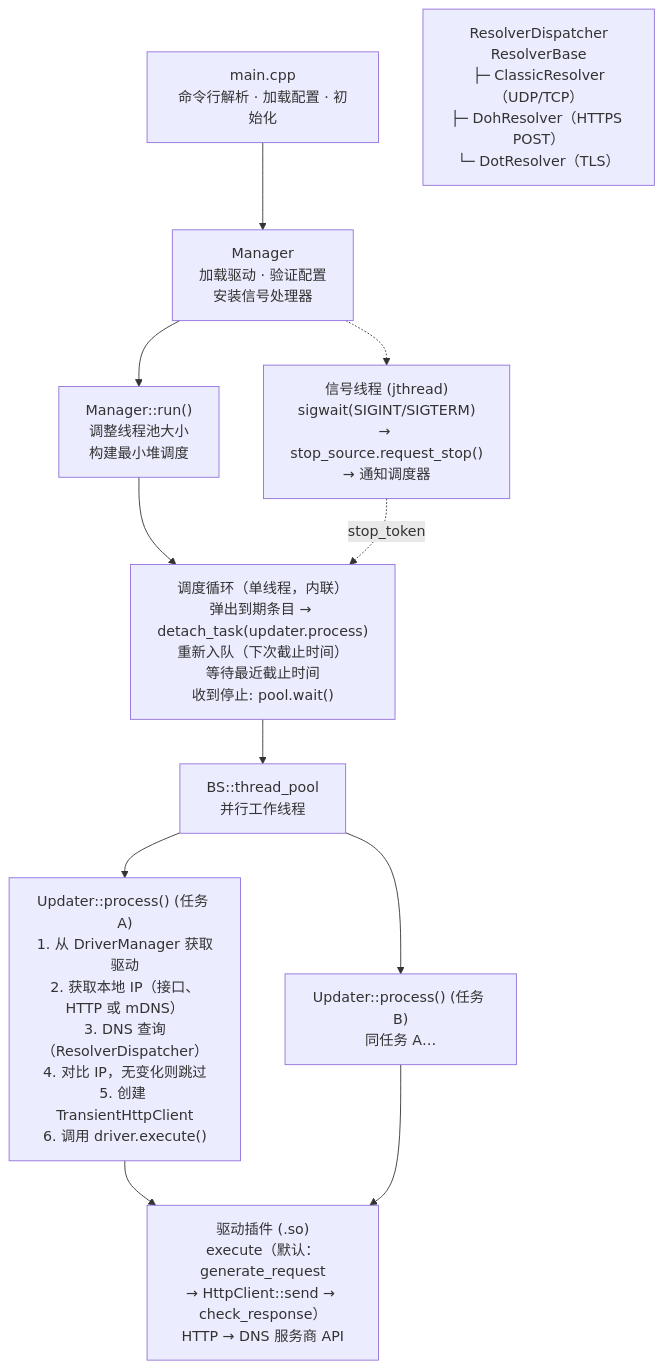
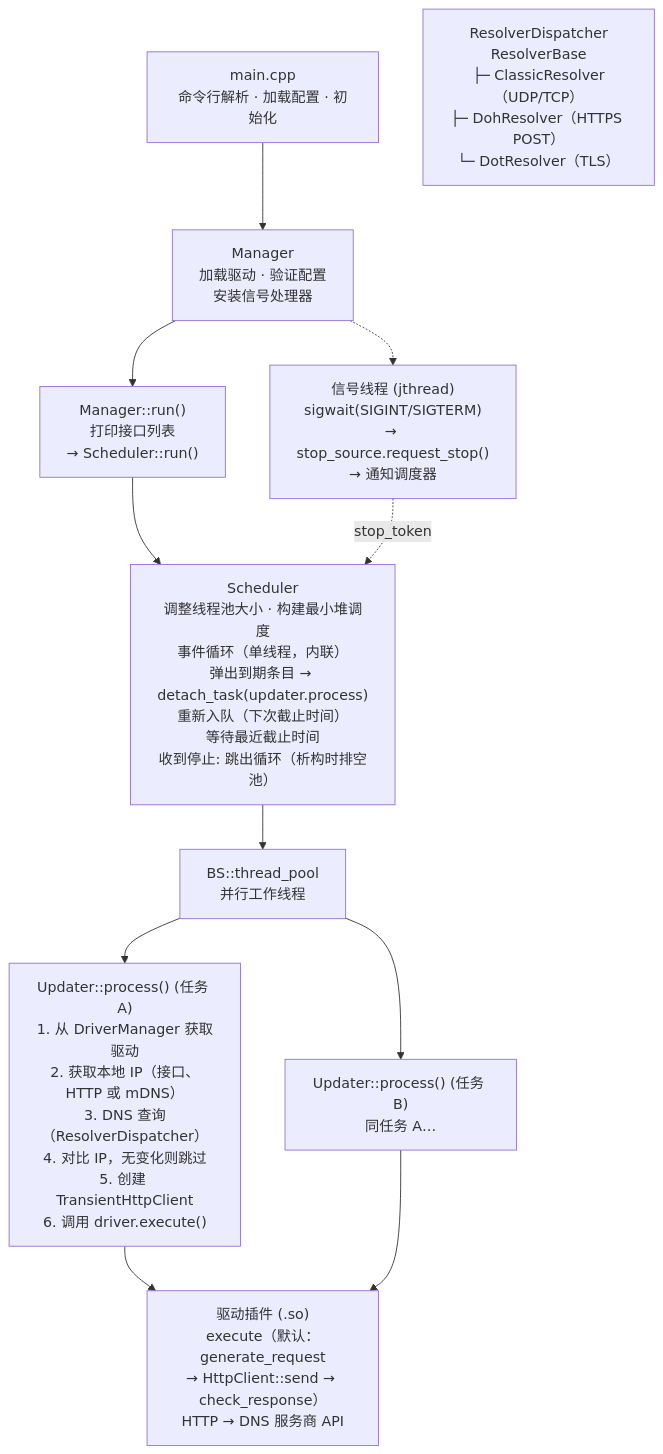
Before and after one commit to CyberKoo/yaddnsc: the diagram in README_CN.md, drawn with Mermaid. The commit also changed other lines of this file and 160 other files, not shown here.

````diff
--- a/README_CN.md
+++ b/README_CN.md
@@ -27,51 +27,53 @@
 ```mermaid
 flowchart TB
     main["main.cpp
 命令行解析 · 加载配置 · 初始化"]
     mgr["Manager
 加载驱动 · 验证配置
 安装信号处理器"]
     run["Manager::run()
-调整线程池大小
-构建最小堆调度"]
-    sched["调度循环（单线程，内联）
+打印接口列表
+→ Scheduler::run()"]
+    sched["Scheduler
+调整线程池大小 · 构建最小堆调度
+事件循环（单线程，内联）
 弹出到期条目 → detach_task(updater.process)
 重新入队（下次截止时间）
 等待最近截止时间
-收到停止: pool.wait()"]
+收到停止: 跳出循环（析构时排空池）"]
     signal["信号线程 (jthread)
 sigwait(SIGINT/SIGTERM)
 → stop_source.request_stop()
 → 通知调度器"]
     pool["BS::thread_pool
 并行工作线程"]
     updaterA["Updater::process() (任务 A)
 1. 从 DriverManager 获取驱动
 2. 获取本地 IP（接口、HTTP 或 mDNS）
 3. DNS 查询（ResolverDispatcher）
 4. 对比 IP，无变化则跳过
 5. 创建 TransientHttpClient
 6. 调用 driver.execute()"]
     updaterB["Updater::process() (任务 B)
 同任务 A…"]
     driver["驱动插件 (.so)
 execute（默认：generate_request
 → HttpClient::send → check_response）
 HTTP → DNS 服务商 API"]
     dns["ResolverDispatcher
 ResolverBase
 ├─ ClassicResolver（UDP/TCP）
 ├─ DohResolver（HTTPS POST）
 └─ DotResolver（TLS）"]
 
     main --> mgr
     mgr --> run
     run --> sched
     mgr -.-> signal
     signal -.->|stop_token| sched
     sched --> pool
     pool --> updaterA
     pool --> updaterB
     updaterA --> driver
     updaterB --> driver
 ```
````
